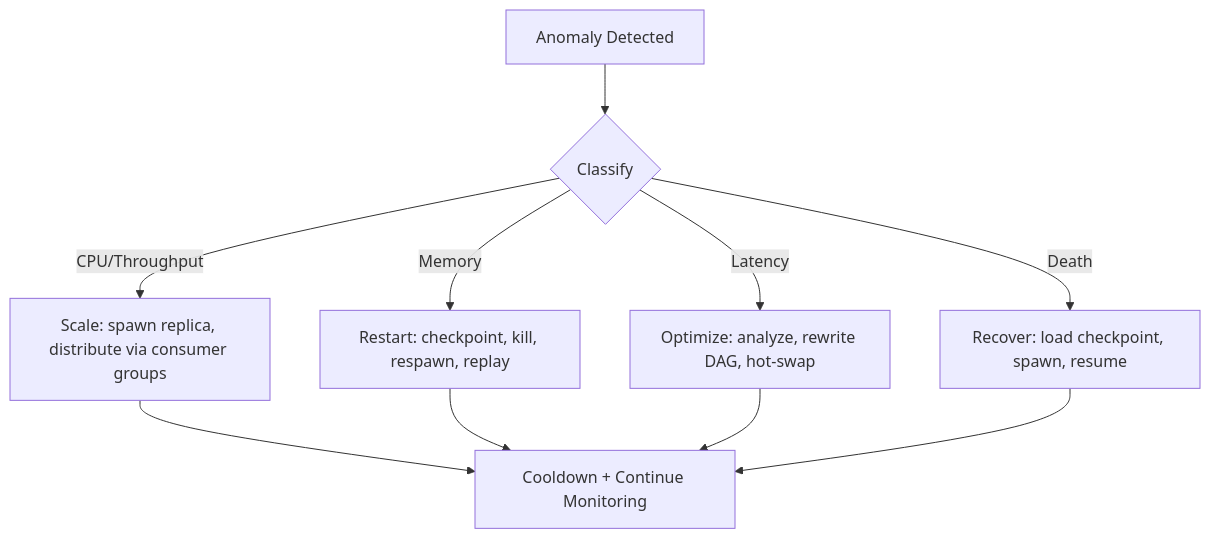
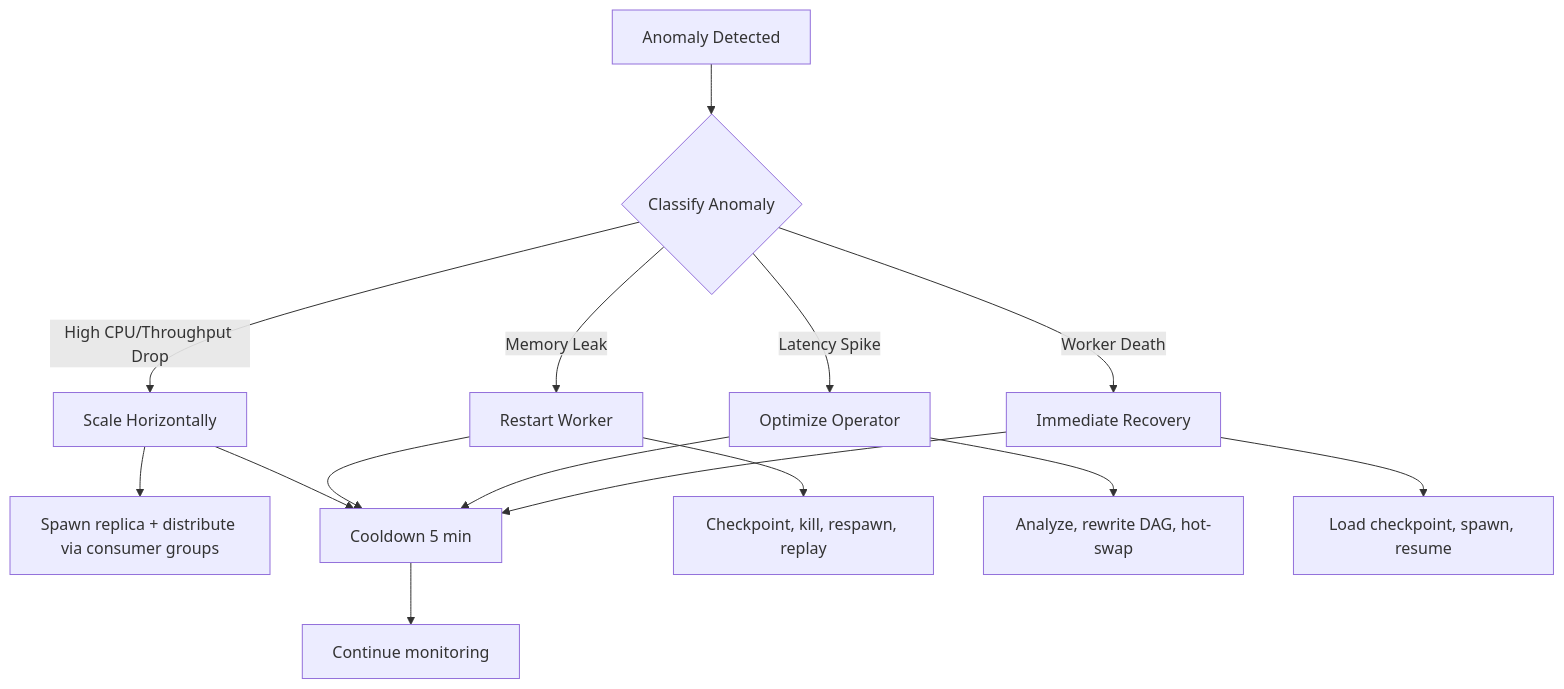
The fifth of 22 diagrams in backend/docs/ARCHITECTURE.md (rathinadev/Flowstorm), drawn with Mermaid before and after one commit. The commit also changed other lines of this file, not shown here.

First line of the commit message:
Update backend ARCHITECTURE.md with additional Mermaid diagrams

````diff
--- a/backend/docs/ARCHITECTURE.md
+++ b/backend/docs/ARCHITECTURE.md
@@ -172,12 +181,17 @@
 ```mermaid
 flowchart TD
-    A[Anomaly Detected] --> B{Classify}
-    B -->|CPU/Throughput| C[Scale: spawn replica, distribute via consumer groups]
-    B -->|Memory| D[Restart: checkpoint, kill, respawn, replay]
-    B -->|Latency| E[Optimize: analyze, rewrite DAG, hot-swap]
-    B -->|Death| F[Recover: load checkpoint, spawn, resume]
-    C --> G[Cooldown + Continue Monitoring]
+    A[Anomaly Detected] --> B{Classify Anomaly}
+    B -->|High CPU/Throughput Drop| C[Scale Horizontally]
+    B -->|Memory Leak| D[Restart Worker]
+    B -->|Latency Spike| E[Optimize Operator]
+    B -->|Worker Death| F[Immediate Recovery]
+    C --> C1[Spawn replica + distribute via consumer groups]
+    C --> G[Cooldown 5 min]
+    D --> D1[Checkpoint, kill, respawn, replay]
     D --> G
+    E --> E1[Analyze, rewrite DAG, hot-swap]
     E --> G
+    F --> F1[Load checkpoint, spawn, resume]
     F --> G
+    G --> H[Continue monitoring]
 ```
````
